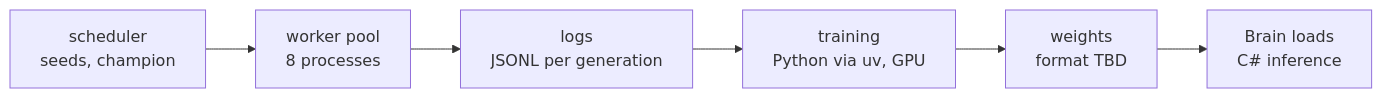
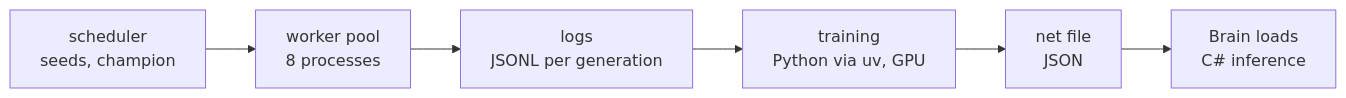
Before and after one commit to shinnku-nikaidou/spire-zero: the second of 2 diagrams in docs/src/content/docs/en/arch/learning.mdx, drawn with Mermaid. The commit also changed other lines of this file and 7 other files, not shown here.

````diff
--- a/docs/src/content/docs/en/arch/learning.mdx
+++ b/docs/src/content/docs/en/arch/learning.mdx
@@ -147,8 +152,8 @@
 ```mermaid
 flowchart LR
   S["scheduler<br/>seeds, champion"] --> W["worker pool<br/>8 processes"]
   W --> L["logs<br/>JSONL per generation"]
   L --> T["training<br/>Python via uv, GPU"]
-  T --> WT["weights<br/>format TBD"]
+  T --> WT["net file<br/>JSON"]
   WT --> B["Brain loads<br/>C# inference"]
 ```
````
